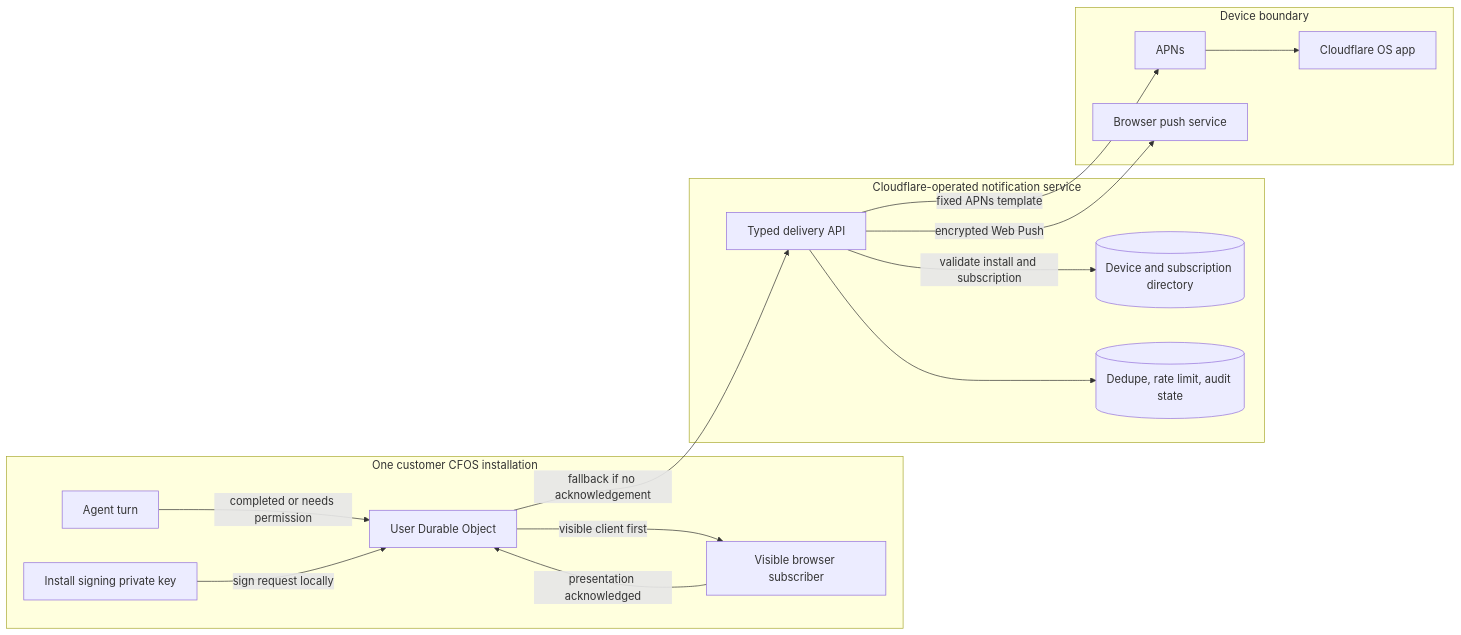
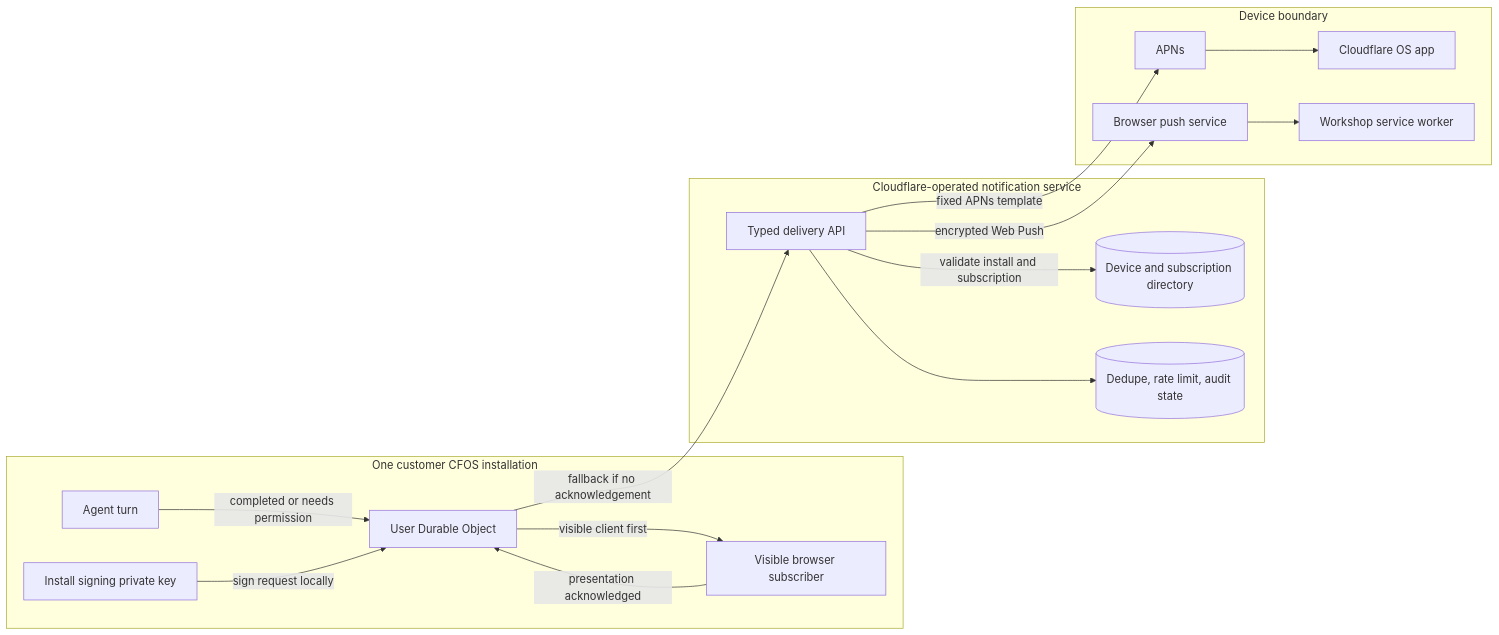
The second of 2 diagrams in docs/notifications.md (cloudflare/cloudflare-os), drawn with Mermaid before and after one commit. The commit also changed other lines of this file and 11 other files, not shown here.

First line of the commit message:
Show notifications in desktop browsers through Web Push

````diff
--- a/docs/notifications.md
+++ b/docs/notifications.md
@@ -73,32 +79,34 @@
 ```mermaid
 flowchart LR
   subgraph Install[One customer CFOS installation]
     Agent[Agent turn]
     User[User Durable Object]
     Browser[Visible browser subscriber]
     Key[Install signing private key]
   end
 
   subgraph Central[Cloudflare-operated notification service]
     Delivery[Typed delivery API]
     Registry[(Device and subscription directory)]
     Audit[(Dedupe, rate limit, audit state)]
   end
 
   subgraph Devices[Device boundary]
     APNS[APNs]
     App[Cloudflare OS app]
     WebPush[Browser push service]
+    Worker[Workshop service worker]
   end
 
   Agent -->|completed or needs permission| User
   User -->|visible client first| Browser
   Browser -->|presentation acknowledged| User
   User -->|fallback if no acknowledgement| Delivery
   Key -->|sign request locally| User
   Delivery -->|validate install and subscription| Registry
   Delivery --> Audit
   Delivery -->|fixed APNs template| APNS
   APNS --> App
   Delivery -->|encrypted Web Push| WebPush
+  WebPush --> Worker
 ```
````
